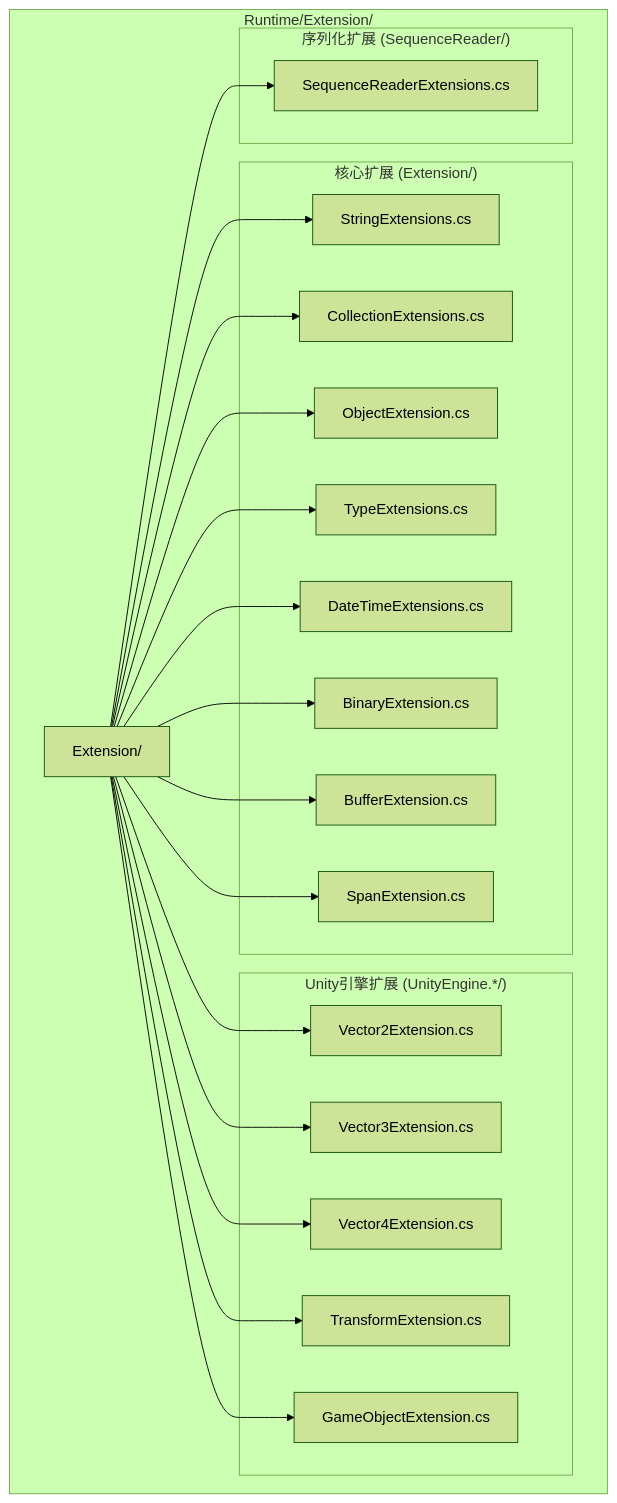
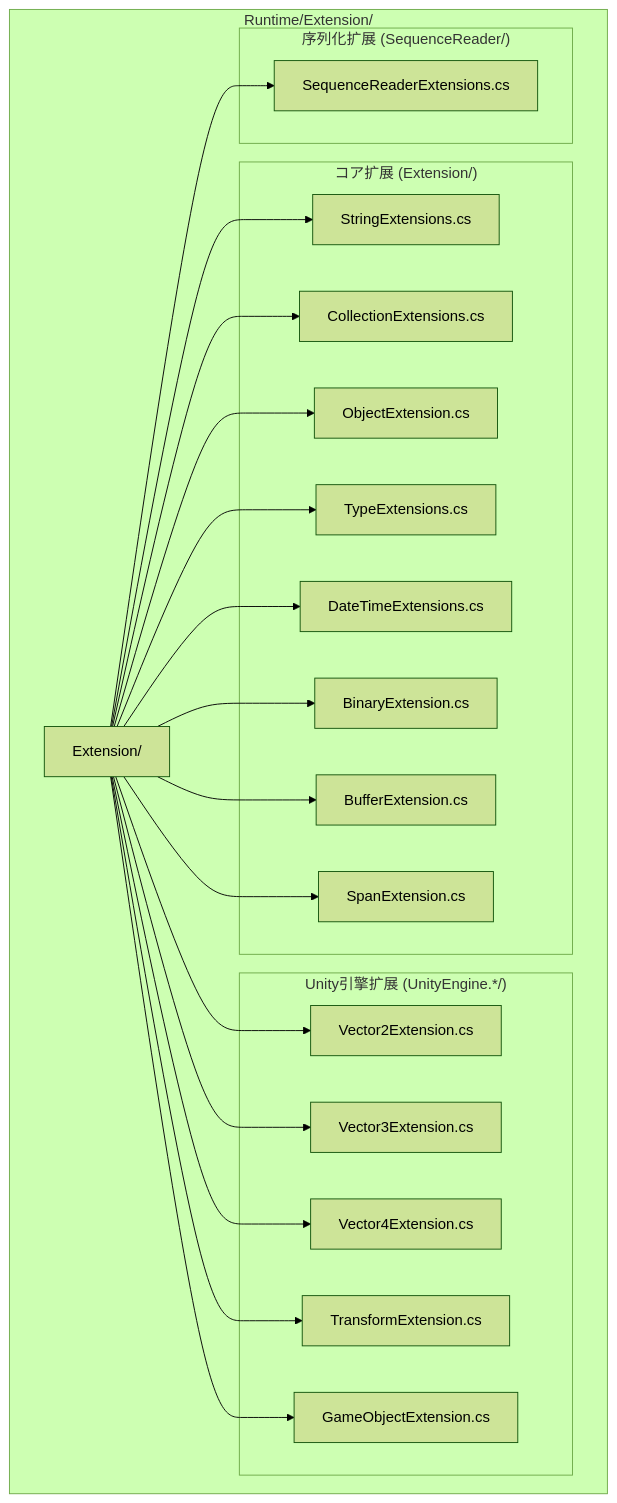
Before and after one commit to AlianBlank/GameFrameX.Docs: the diagram in docs/ja/client/unity/component/core/16.extension-methods.md, drawn with Mermaid (forest theme). The commit also changed other lines of this file and 603 other files, not shown here.

````diff
--- a/docs/ja/client/unity/component/core/16.extension-methods.md
+++ b/docs/ja/client/unity/component/core/16.extension-methods.md
@@ -22,44 +22,44 @@
 ```mermaid
 graph TD
     subgraph "Runtime/Extension/"
         Root["Extension/"]
         
-        subgraph "核心扩展 (Extension/)"
+        subgraph "コア扩展 (Extension/)"
             Core1[StringExtensions.cs]
             Core2[CollectionExtensions.cs]
             Core3[ObjectExtension.cs]
             Core4[TypeExtensions.cs]
             Core5[DateTimeExtensions.cs]
             Core6[BinaryExtension.cs]
             Core7[BufferExtension.cs]
             Core8[SpanExtension.cs]
         end
         
         subgraph "Unity引擎扩展 (UnityEngine.*/)"
             Unity1[Vector2Extension.cs]
             Unity2[Vector3Extension.cs]
             Unity3[Vector4Extension.cs]
             Unity4[TransformExtension.cs]
             Unity5[GameObjectExtension.cs]
         end
         
         subgraph "序列化扩展 (SequenceReader/)"
             Seq1[SequenceReaderExtensions.cs]
         end
         
         Root --> Core1
         Root --> Core2
         Root --> Core3
         Root --> Core4
         Root --> Core5
         Root --> Core6
         Root --> Core7
         Root --> Core8
         Root --> Unity1
         Root --> Unity2
         Root --> Unity3
         Root --> Unity4
         Root --> Unity5
         Root --> Seq1
     end
 ```
````
